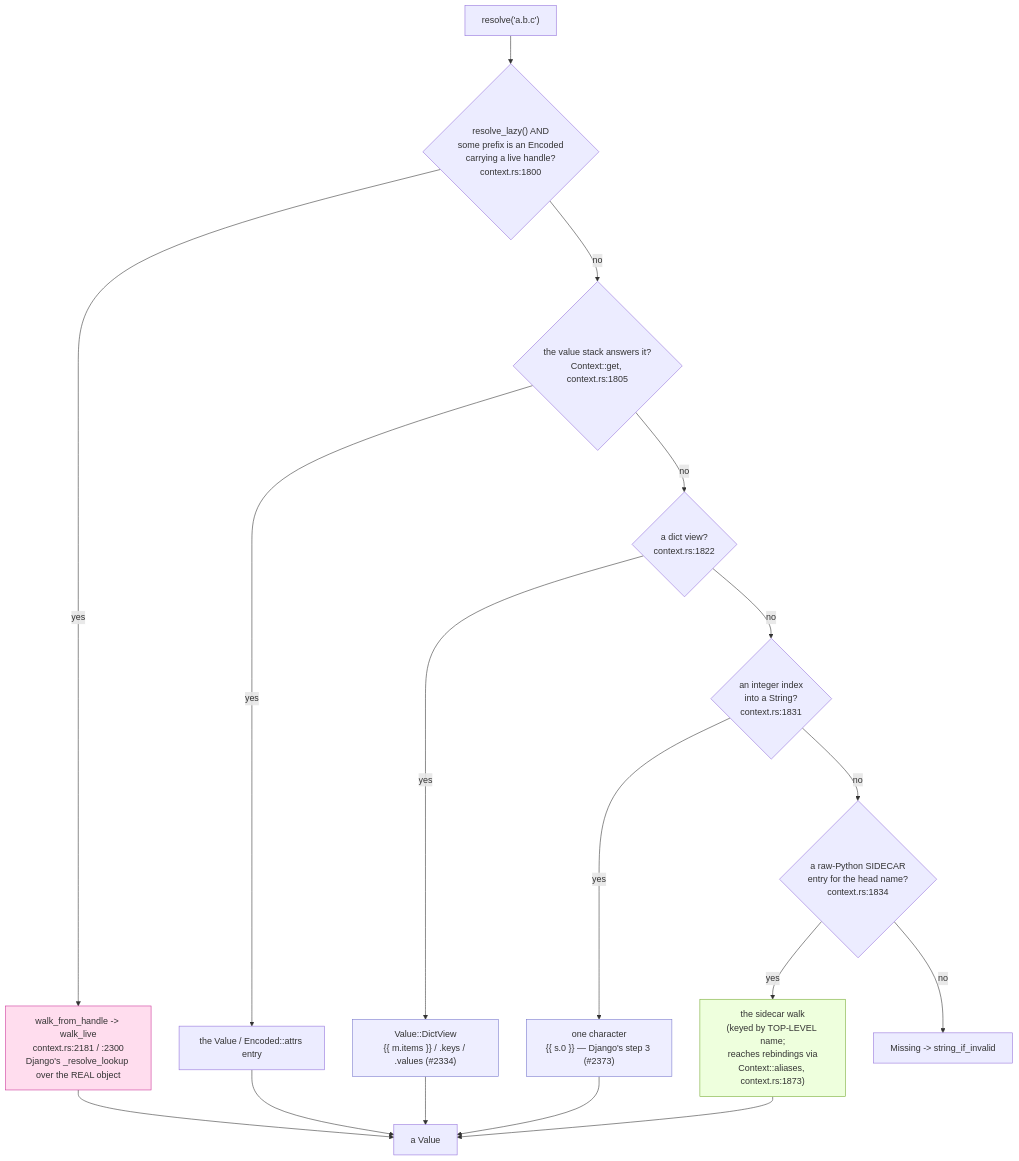
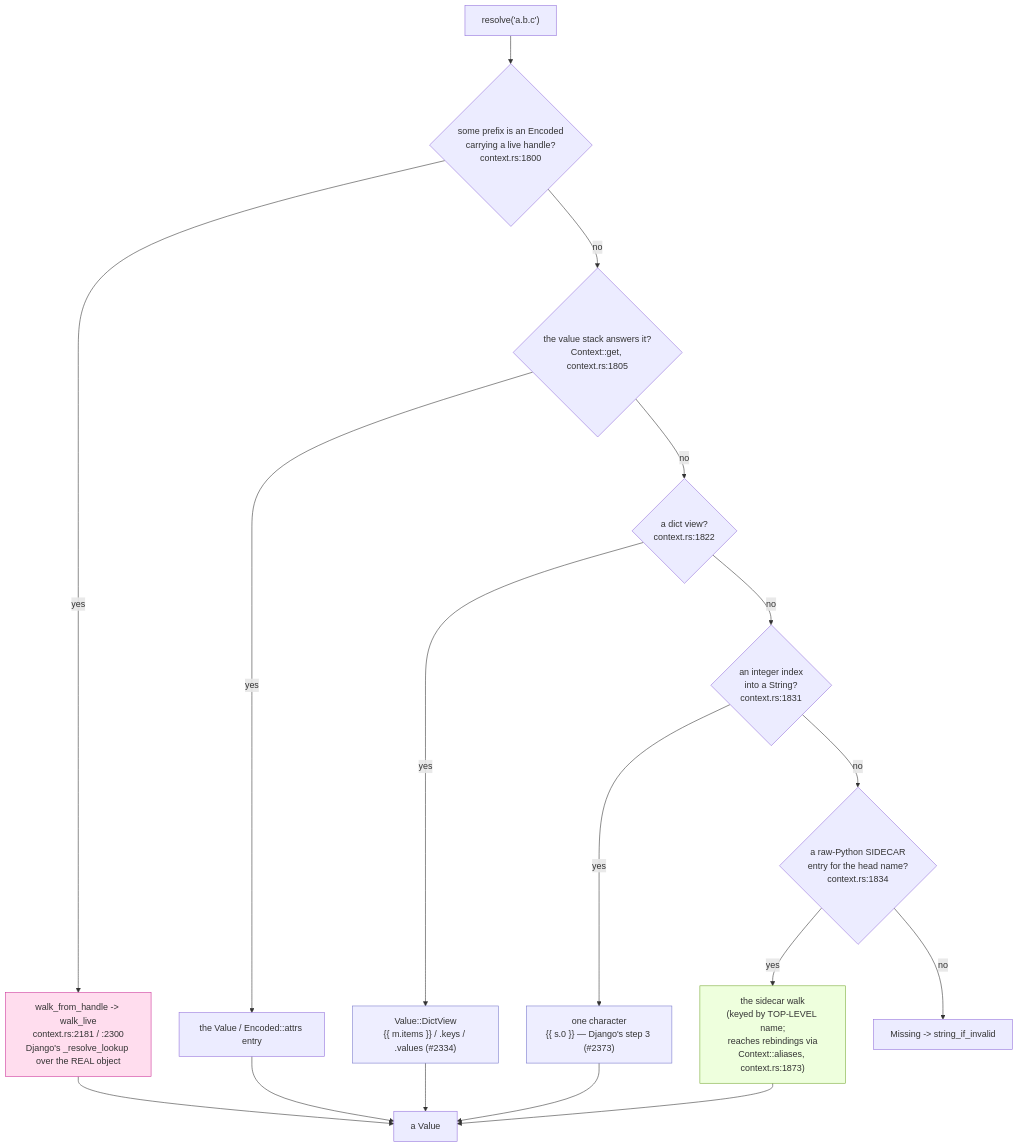
The third of 4 diagrams in docs/architecture/VALUE_BOUNDARY.md (djust-org/djust), drawn with Mermaid before and after one commit. The commit also changed other lines of this file and 4 other files, not shown here.

````diff
--- a/docs/architecture/VALUE_BOUNDARY.md
+++ b/docs/architecture/VALUE_BOUNDARY.md
@@ -110,25 +115,25 @@
 ```mermaid
 flowchart TD
-    Q["resolve('a.b.c')"] --> M1{"resolve_lazy() AND<br/>some prefix is an Encoded<br/>carrying a live handle?<br/>context.rs:1800"}
+    Q["resolve('a.b.c')"] --> M1{"some prefix is an Encoded<br/>carrying a live handle?<br/>context.rs:1800"}
     M1 -->|yes| W["walk_from_handle -> walk_live<br/>context.rs:2181 / :2300<br/>Django's _resolve_lookup over the REAL object"]
     M1 -->|no| M2{"the value stack answers it?<br/>Context::get, context.rs:1805"}
     M2 -->|yes| V["the Value / Encoded::attrs entry"]
     M2 -->|no| M2A{"a dict view?<br/>context.rs:1822"}
     M2A -->|yes| DV["Value::DictView<br/>{{ m.items }} / .keys / .values (#2334)"]
     M2A -->|no| M2B{"an integer index<br/>into a String?<br/>context.rs:1831"}
     M2B -->|yes| SI["one character<br/>{{ s.0 }} — Django's step 3 (#2373)"]
     M2B -->|no| M3{"a raw-Python SIDECAR<br/>entry for the head name?<br/>context.rs:1834"}
     M3 -->|yes| SW["the sidecar walk<br/>(keyed by TOP-LEVEL name;<br/>reaches rebindings via<br/>Context::aliases, context.rs:1873)"]
     M3 -->|no| MISS["Missing -> string_if_invalid"]
 
     W --> OUT["a Value"]
     V --> OUT
     DV --> OUT
     SI --> OUT
     SW --> OUT
 
     style W fill:#fde,stroke:#c39
     style SW fill:#efd,stroke:#7a3
     style DV fill:#eef,stroke:#77c
     style SI fill:#eef,stroke:#77c
 ```
````
